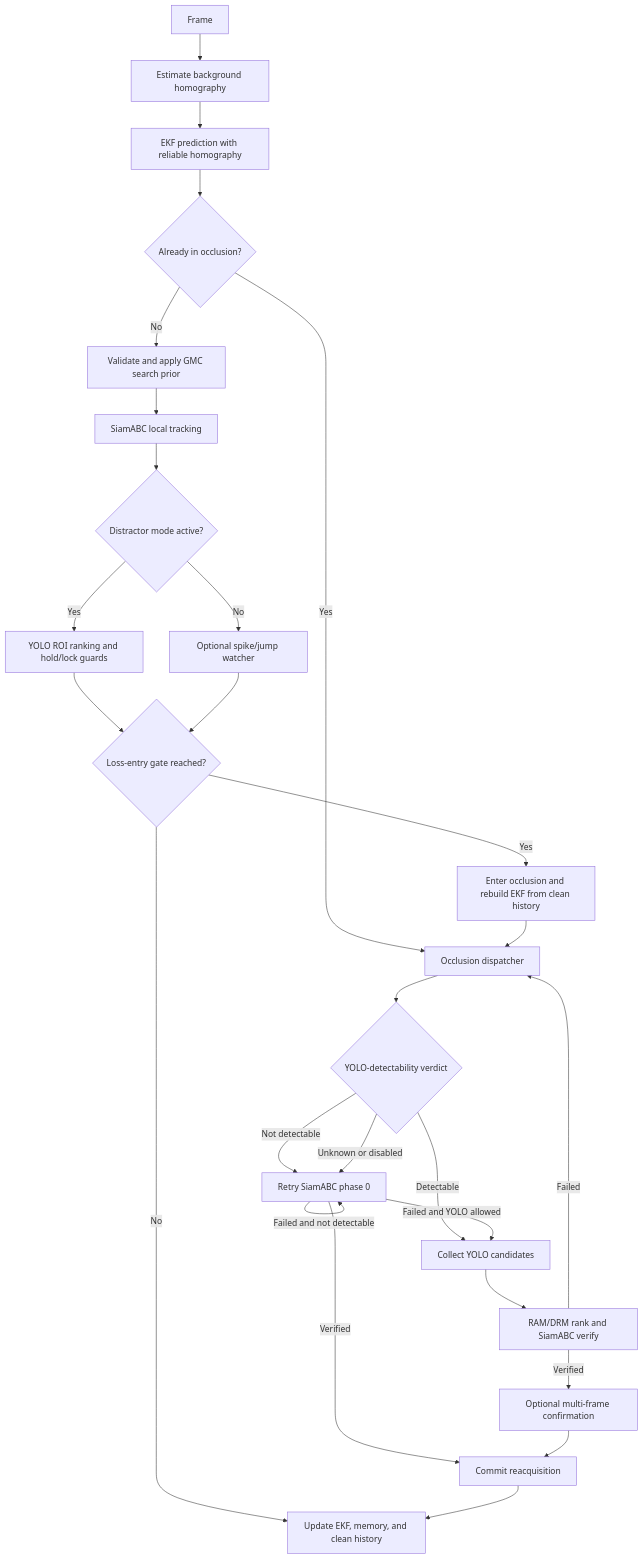
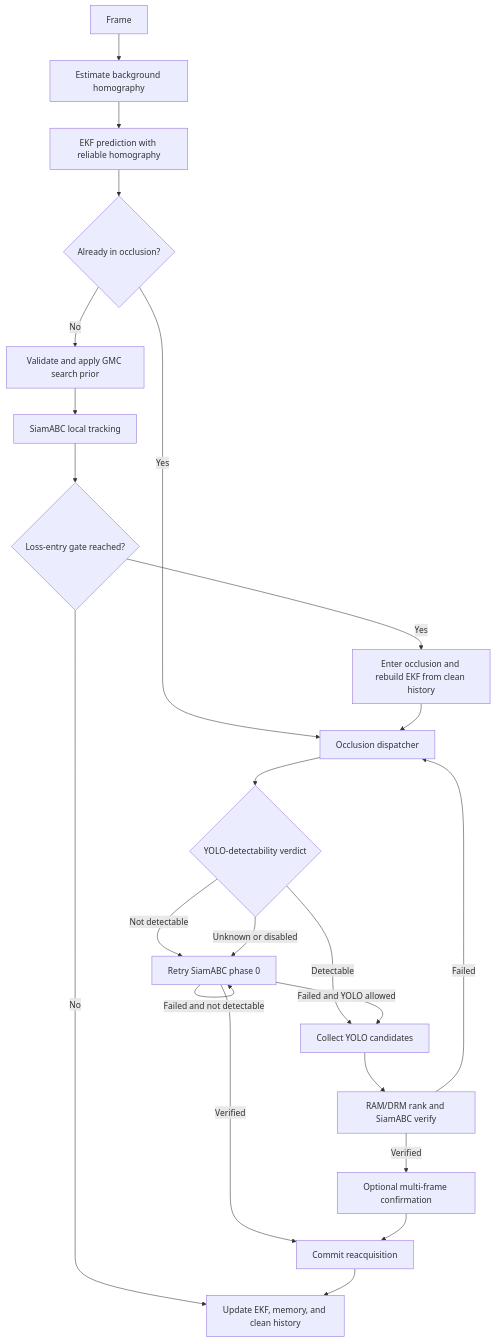
One commit to MohammedAhmed124/SiamRAM changed the diagram in README.md. Above: the diagram before and after it, drawn with Mermaid. The commit also changed other lines of this file and 60 other files, not shown here.

````diff
--- a/README.md
+++ b/README.md
@@ -49,29 +49,25 @@
 ```mermaid
 flowchart TD
     A[Frame] --> B[Estimate background homography]
     B --> C[EKF prediction with reliable homography]
     C --> D{Already in occlusion?}
     D -- No --> E[Validate and apply GMC search prior]
     E --> F[SiamABC local tracking]
-    F --> G{Distractor mode active?}
-    G -- Yes --> H[YOLO ROI ranking and hold/lock guards]
-    G -- No --> I[Optional spike/jump watcher]
-    H --> J{Loss-entry gate reached?}
-    I --> J
+    F --> J{Loss-entry gate reached?}
     J -- No --> K[Update EKF, memory, and clean history]
     J -- Yes --> L[Enter occlusion and rebuild EKF from clean history]
     D -- Yes --> M[Occlusion dispatcher]
     L --> M
     M --> N{YOLO-detectability verdict}
     N -- Detectable --> O[Collect YOLO candidates]
     N -- Not detectable --> P[Retry SiamABC phase 0]
     N -- Unknown or disabled --> P
     P -- Verified --> Q[Commit reacquisition]
     P -- Failed and YOLO allowed --> O
     P -- Failed and not detectable --> P
     O --> R[RAM/DRM rank and SiamABC verify]
     R -- Failed --> M
     R -- Verified --> S[Optional multi-frame confirmation]
     S --> Q
     Q --> K
 ```
````
